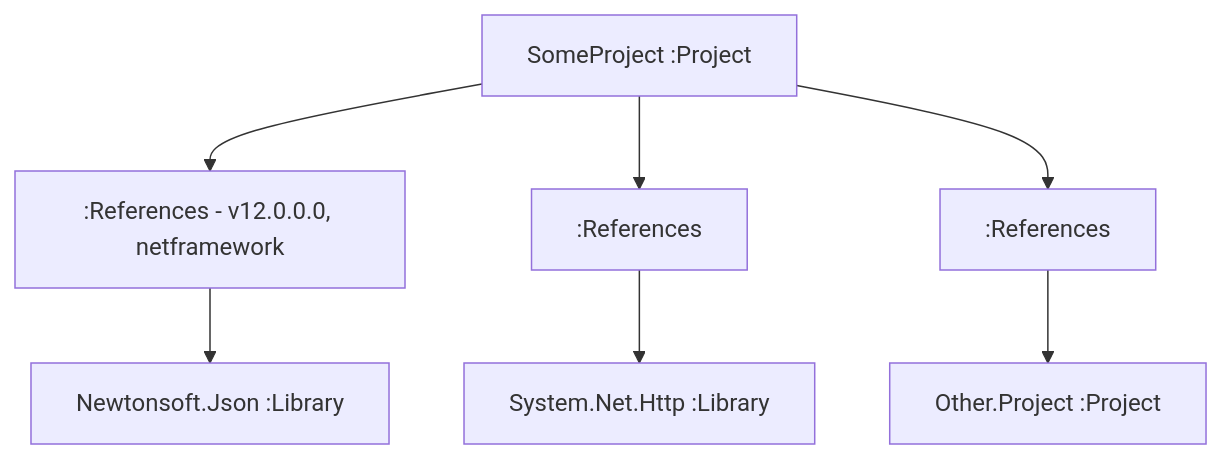
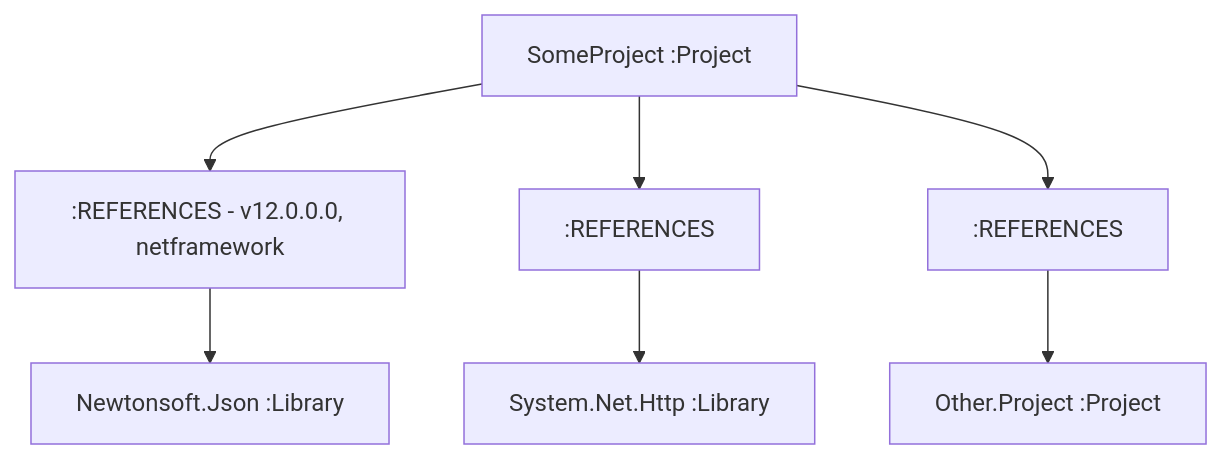
The third of 4 diagrams in content/posts/029-2020-01-10-project-analysis-neo4j/Projects.mermaid (chestercodes/chester.codes), drawn with Mermaid before and after one commit. The commit also changed other lines of this file and 3 other files, not shown here.

````diff
--- a/content/posts/029-2020-01-10-project-analysis-neo4j/Projects.mermaid
+++ b/content/posts/029-2020-01-10-project-analysis-neo4j/Projects.mermaid
@@ -30,7 +30,6 @@
 ```mermaid
-
 graph TD;
-    SomeApi[SomeProject :Project ]-->R001[:References - v12.0.0.0, netframework]-->L01[Newtonsoft.Json :Library];
-    SomeApi-->R003[:References]-->L03[System.Net.Http :Library];
-    SomeApi-->R004[:References]-->OtherProj[Other.Project :Project];
+    SomeApi[SomeProject :Project ]-->R001[:REFERENCES - v12.0.0.0, netframework]-->L01[Newtonsoft.Json :Library];
+    SomeApi-->R003[:REFERENCES]-->L03[System.Net.Http :Library];
+    SomeApi-->R004[:REFERENCES]-->OtherProj[Other.Project :Project];
 ```
````
